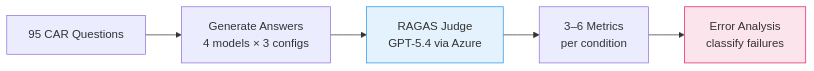
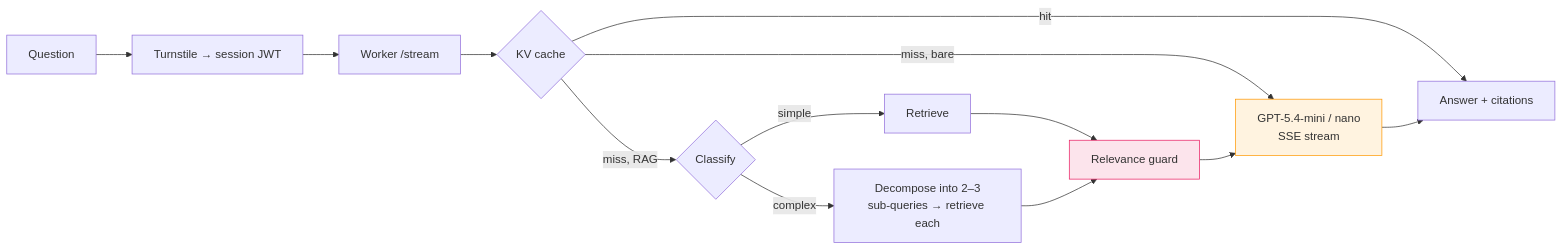
One commit to anant-j/AeroQuery changed the third of 5 diagrams in README.md. Above: the diagram before and after it, drawn with Mermaid. The commit also changed other lines of this file, not shown here.

````diff
--- a/README.md
+++ b/README.md
@@ -37,10 +67,17 @@
 ```mermaid
 flowchart LR
-    A["95 CAR Questions"] --> B["Generate Answers\n4 models × 3 configs"]
-    B --> C["RAGAS Judge\nGPT-5.4 via Azure"]
-    C --> D["3–6 Metrics\nper condition"]
-    D --> E["Error Analysis\nclassify failures"]
+    Q["Question"] --> S["Turnstile → session JWT"]
+    S --> W["Worker /stream"]
+    W --> K{"KV cache"}
+    K -->|hit| R
+    K -->|miss, RAG| C{"Classify"}
+    K -->|miss, bare| G
+    C -->|simple| D["Retrieve"]
+    C -->|complex| E["Decompose into 2–3<br/>sub-queries → retrieve each"]
+    D & E --> GU["Relevance guard"]
+    GU --> G["GPT-5.4-mini / nano<br/>SSE stream"]
+    G --> R["Answer + citations"]
 
-    style C fill:#e3f2fd,stroke:#2196f3
-    style E fill:#fce4ec,stroke:#e91e63
+    style GU fill:#fce4ec,stroke:#e91e63
+    style G fill:#fff3e0,stroke:#ff9800
 ```
````
